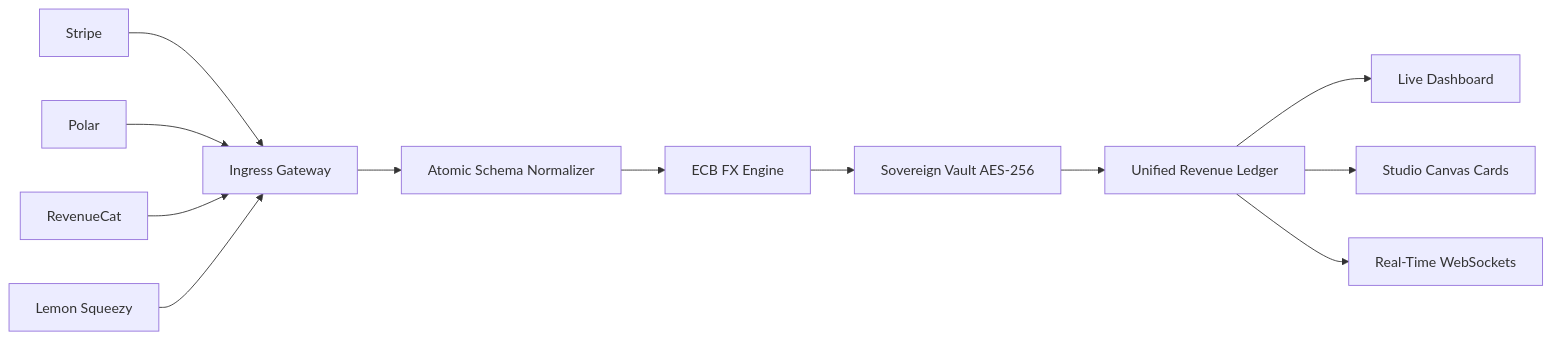
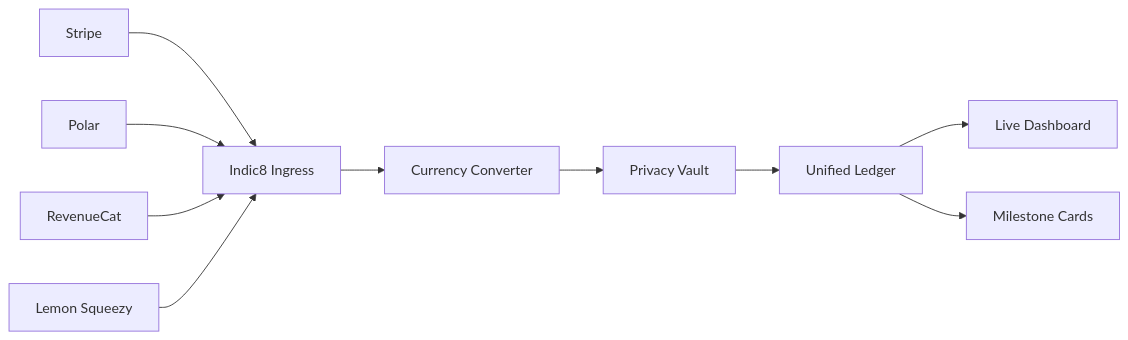
The diagram in docs/index.mdx (hoshine-labs/indic8), drawn with Mermaid before and after one commit. The commit also changed other lines of this file and 15 other files, not shown here.

````diff
--- a/docs/index.mdx
+++ b/docs/index.mdx
@@ -68,16 +55,14 @@
 ```mermaid
 flowchart LR
-    A[Stripe] --> E[Ingress Gateway]
+    A[Stripe] --> E[Indic8 Ingress]
     B[Polar] --> E
     C[RevenueCat] --> E
     D[Lemon Squeezy] --> E
     
-    E --> F[Atomic Schema Normalizer]
-    F --> G[ECB FX Engine]
-    G --> H[Sovereign Vault AES-256]
-    H --> I[Unified Revenue Ledger]
+    E --> F[Currency Converter]
+    F --> G[Privacy Vault]
+    G --> H[Unified Ledger]
     
-    I --> J[Live Dashboard]
-    I --> K[Studio Canvas Cards]
-    I --> L[Real-Time WebSockets]
+    H --> I[Live Dashboard]
+    H --> J[Milestone Cards]
 ```
````
